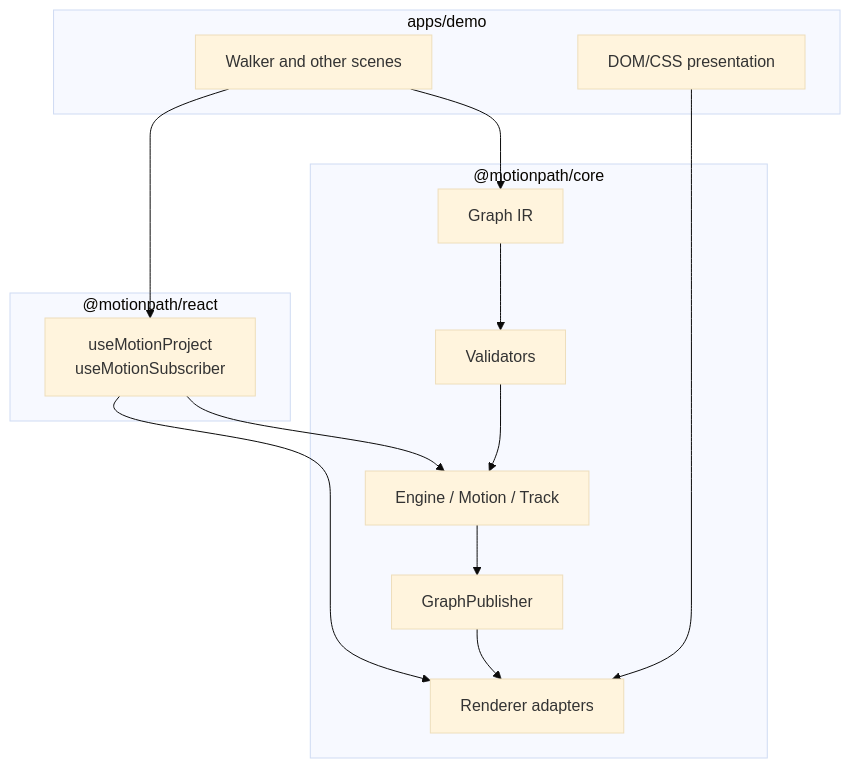
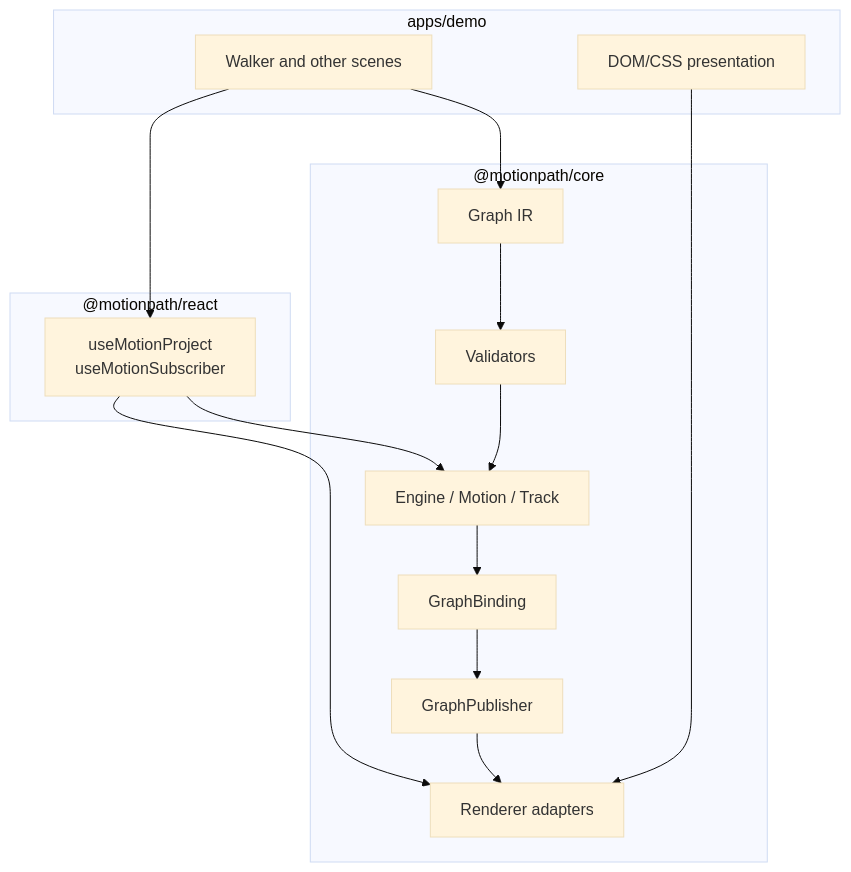
Before and after one commit to chahyasantoso/motionpath: the third of 5 diagrams in docs/RIG-GRAPH-ARCHITECTURE.md, drawn with Mermaid (base theme). The commit also changed other lines of this file and 3 other files, not shown here.

````diff
--- a/docs/RIG-GRAPH-ARCHITECTURE.md
+++ b/docs/RIG-GRAPH-ARCHITECTURE.md
@@ -45,23 +47,24 @@
 ```mermaid
 flowchart TB
   subgraph Core["@motionpath/core"]
     IR[Graph IR]
     VALIDATE[Validators]
     ENGINE[Engine / Motion / Track]
+    BIND[GraphBinding]
     PUBLISH[GraphPublisher]
     ADAPTER[Renderer adapters]
   end
   subgraph React["@motionpath/react"]
     HOOKS[useMotionProject\nuseMotionSubscriber]
   end
   subgraph Demo["apps/demo"]
     SCENES[Walker and other scenes]
     CSS[DOM/CSS presentation]
   end
   SCENES --> IR
-  IR --> VALIDATE --> ENGINE --> PUBLISH --> ADAPTER
+  IR --> VALIDATE --> ENGINE --> BIND --> PUBLISH --> ADAPTER
   HOOKS --> ENGINE
   HOOKS --> ADAPTER
   SCENES --> HOOKS
   CSS --> ADAPTER
 ```
````
